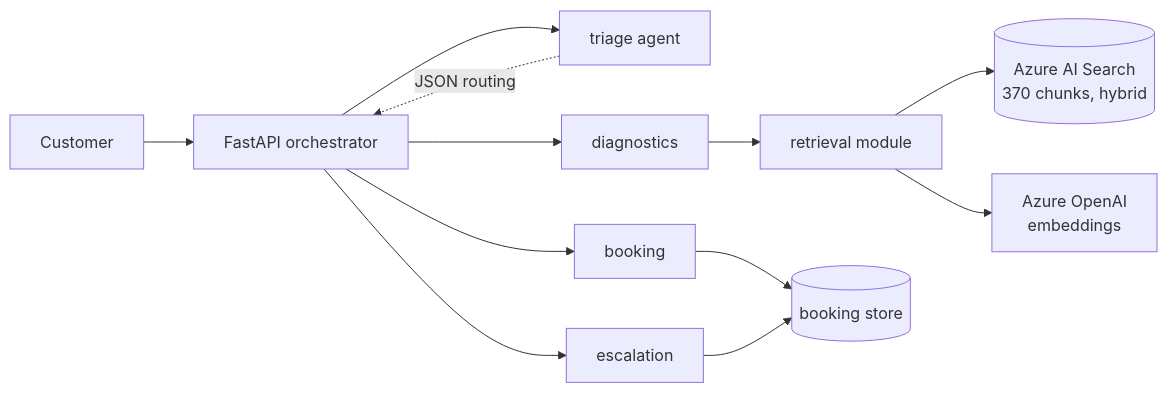
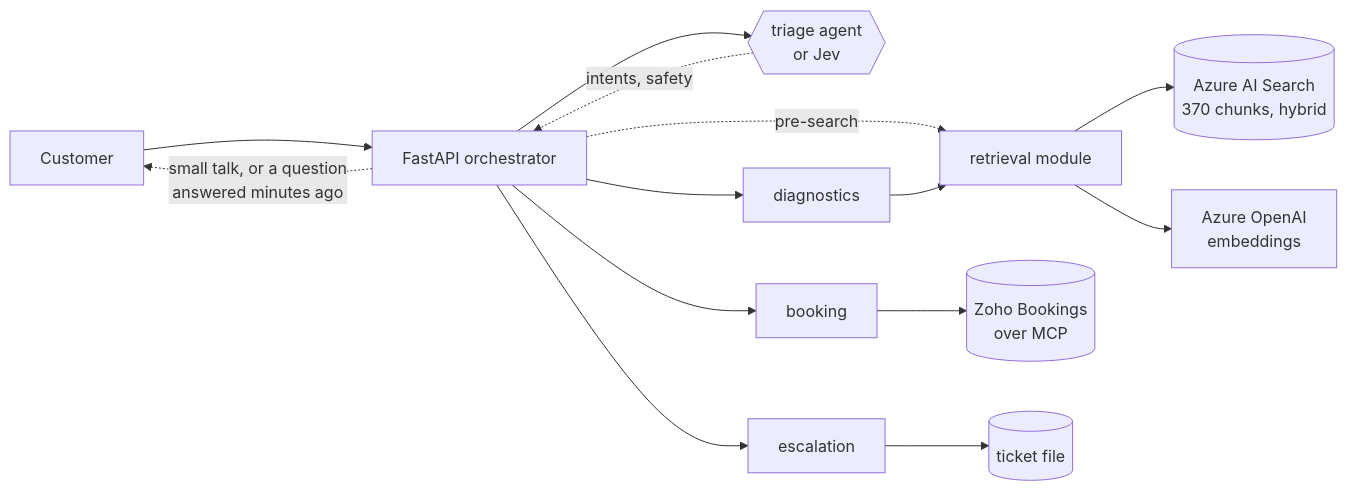
One commit to kumar623/autoassist changed the diagram in README.md. Above: the diagram before and after it, drawn with Mermaid. The commit also changed other lines of this file and 12 other files, not shown here.

````diff
--- a/README.md
+++ b/README.md
@@ -30,14 +32,16 @@
 ```mermaid
 flowchart LR
     U[Customer] --> API[FastAPI orchestrator]
-    API --> TRI[triage agent]
-    TRI -.JSON routing.-> API
+    API -.->|"small talk, or a question<br/>answered minutes ago"| U
+    API --> TRI{{"triage agent<br/>or Jev"}}
+    TRI -.->|"intents, safety"| API
     API --> DIAG[diagnostics]
     API --> BOOK[booking]
     API --> ESC[escalation]
+    API -.->|"pre-search"| RET
     DIAG --> RET[retrieval module]
     RET --> SEARCH[(Azure AI Search<br/>370 chunks, hybrid)]
     RET --> AOAI[Azure OpenAI<br/>embeddings]
-    BOOK --> STORE[(booking store)]
-    ESC --> STORE
+    BOOK --> ZOHO[(Zoho Bookings<br/>over MCP)]
+    ESC --> TICKETS[(ticket file)]
 ```
````
